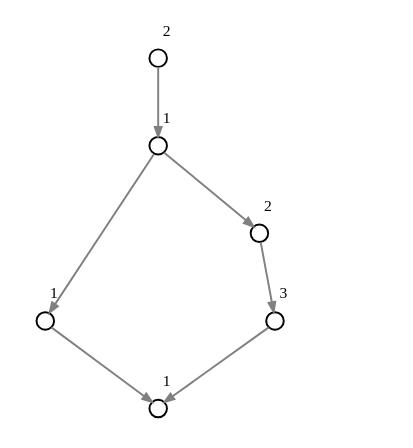
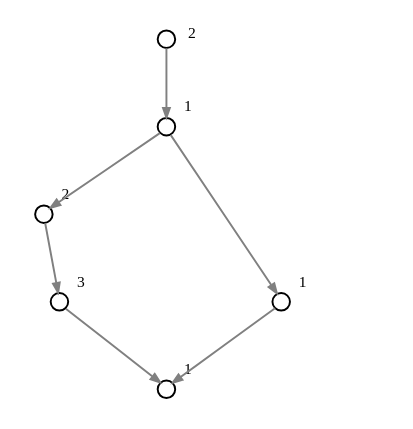
One commit to massimo-nocentini/my-undergraduate-thesis changed the diagram in images/presentation-scc-metagraph-all-whites.dot. Above: the diagram before and after it, drawn with Graphviz. The commit also changed 4 other files, not shown here.

```diff
--- a/images/presentation-scc-metagraph-all-whites.dot
+++ b/images/presentation-scc-metagraph-all-whites.dot
@@ -1,39 +1,39 @@
 digraph G { ratio=1; center = true; edge [arrowsize=.5, weight=.1,
 	color="gray", fontsize=8]; node
 	[label="",shape=circle,height=0.12,width=0.12,fontsize=1];
 	dummy_species_id12dummy_compartment_id ->
 	dummy_species_id11dummy_compartment_id;
-	dummy_species_id13dummy_compartment_id ->
-	dummy_species_id11dummy_compartment_id;
+	dummy_species_id11dummy_compartment_id ->
+	dummy_species_id13dummy_compartment_id;
 	dummy_species_id14dummy_compartment_id ->
 	dummy_species_id13dummy_compartment_id;
 	dummy_species_id15dummy_compartment_id ->
 	dummy_species_id12dummy_compartment_id;
 	dummy_species_id15dummy_compartment_id ->
 	dummy_species_id14dummy_compartment_id;
 	dummy_species_id16dummy_compartment_id ->
 	dummy_species_id15dummy_compartment_id;
 	dummy_species_id11dummy_compartment_id;
 	dummy_species_id12dummy_compartment_id ;
 	dummy_species_id13dummy_compartment_id ;
 	dummy_species_id14dummy_compartment_id ;
 	dummy_species_id15dummy_compartment_id ;
 	dummy_species_id16dummy_compartment_id;
 	dummy_species_id11dummy_compartment_id ->
-	dummy_species_id11dummy_compartment_id [taillabel="1",
-	labelangle=45, labeldistance=1, color=transparent];
+	dummy_species_id11dummy_compartment_id [taillabel="3",
+	labelangle=0, color=transparent];
 	dummy_species_id12dummy_compartment_id ->
-	dummy_species_id12dummy_compartment_id [taillabel="1",
-	labelangle=45, labeldistance=1, color=transparent];
+	dummy_species_id12dummy_compartment_id [taillabel="2",
+	labelangle=0, color=transparent];
 	dummy_species_id13dummy_compartment_id ->
-	dummy_species_id13dummy_compartment_id [taillabel="3",
-	labelangle=45, labeldistance=1, color=transparent];
+	dummy_species_id13dummy_compartment_id [taillabel="1",
+	labelangle=0, color=transparent];
 	dummy_species_id14dummy_compartment_id ->
-	dummy_species_id14dummy_compartment_id [taillabel="2",
-	labelangle=45, labeldistance=1, color=transparent];
+	dummy_species_id14dummy_compartment_id [taillabel="1",
+	labelangle=0, color=transparent];
 	dummy_species_id15dummy_compartment_id ->
 	dummy_species_id15dummy_compartment_id [taillabel="1",
-	labelangle=45, labeldistance=1, color=transparent];
+	labelangle=0, color=transparent];
 	dummy_species_id16dummy_compartment_id ->
 	dummy_species_id16dummy_compartment_id [taillabel="2",
-	labelangle=45, labeldistance=1, color=transparent]; }
+	labelangle=-45, color=transparent]; }
```
